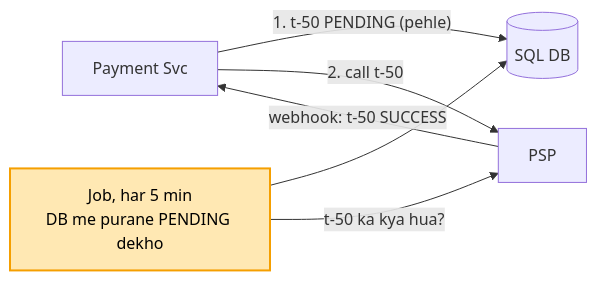
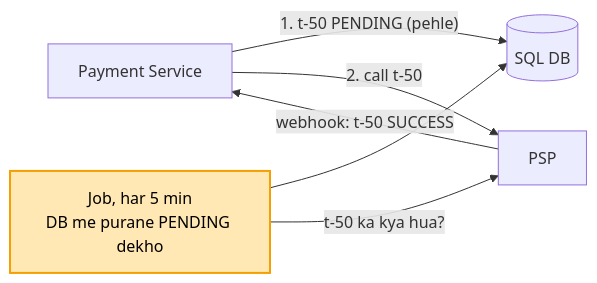
The third of 6 diagrams in 04_HLD/SYSTEM_DESIGNS/06_payment_system/06_payment_system.md (ArpanMaheshwari144/Prep), drawn with Mermaid before and after one commit. The commit also changed other lines of this file and 8 other files, not shown here.

````diff
--- a/04_HLD/SYSTEM_DESIGNS/06_payment_system/06_payment_system.md
+++ b/04_HLD/SYSTEM_DESIGNS/06_payment_system/06_payment_system.md
@@ -158,9 +158,9 @@
 ```mermaid
 flowchart LR
-    S["Payment Svc"] -- "1. t-50 PENDING (pehle)" --> D[("SQL DB")]
+    S["Payment Service"] -- "1. t-50 PENDING (pehle)" --> D[("SQL DB")]
     S -- "2. call t-50" --> P["PSP"]
     P -- "webhook: t-50 SUCCESS" --> S
     J["Job, har 5 min<br/>DB me purane PENDING dekho"] --> D
     J -- "t-50 ka kya hua?" --> P
     style J fill:#ffe8b3,stroke:#f59f00,stroke-width:2px,color:#000
 ```
````
